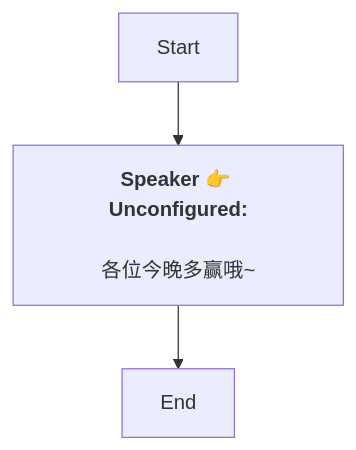
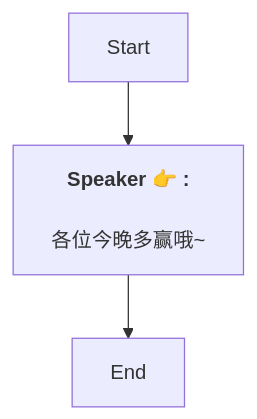
One commit to SoftHu/tos_avg changed the diagram in Zh/Dialog_55255523884227.md. Above: the diagram before and after it, drawn with Mermaid. The commit also changed 737 other files, not shown here.

````diff
--- a/Zh/Dialog_55255523884227.md
+++ b/Zh/Dialog_55255523884227.md
@@ -1,8 +1,7 @@
 ```mermaid
 graph
-Start -->1768176772122497[<b>Speaker 👉 Unconfigured:</b>
-
-各位今晚多赢哦~]
+Start -->1768176772122497[<b>Speaker 👉 :</b>
+\n各位今晚多赢哦~]
 1768176772122497 -->1768176774240130[End]
 
- ```
+```
````
